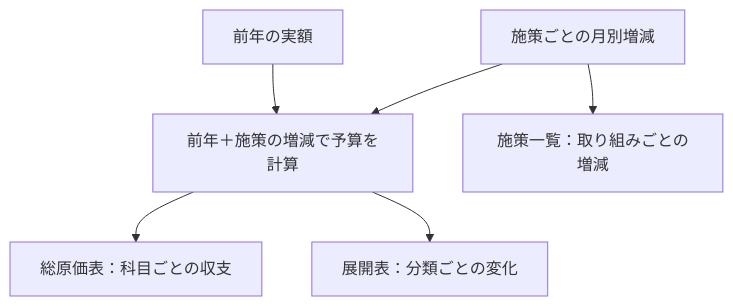
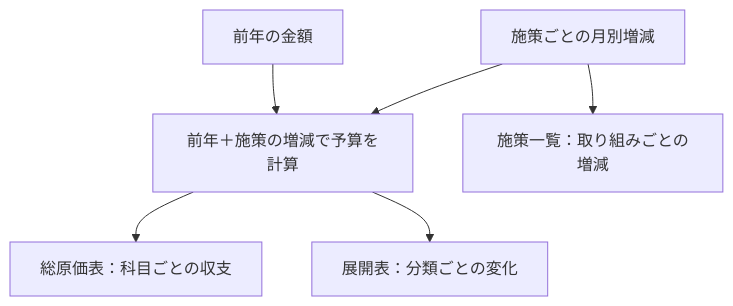
Before and after one commit to akihisa-dev/Triadic: the second of 2 diagrams in README.md, drawn with Mermaid. The commit also changed other lines of this file and 114 other files, not shown here.

````diff
--- a/README.md
+++ b/README.md
@@ -554,8 +558,8 @@
 ```mermaid
 flowchart TD
-  previous[前年の実額] --> plan[前年＋施策の増減で予算を計算]
+  previous[前年の金額] --> plan[前年＋施策の増減で予算を計算]
   initiatives[施策ごとの月別増減] --> plan
   initiatives --> list[施策一覧：取り組みごとの増減]
   plan --> cost[総原価表：科目ごとの収支]
   plan --> expansion[展開表：分類ごとの変化]
 ```
````
